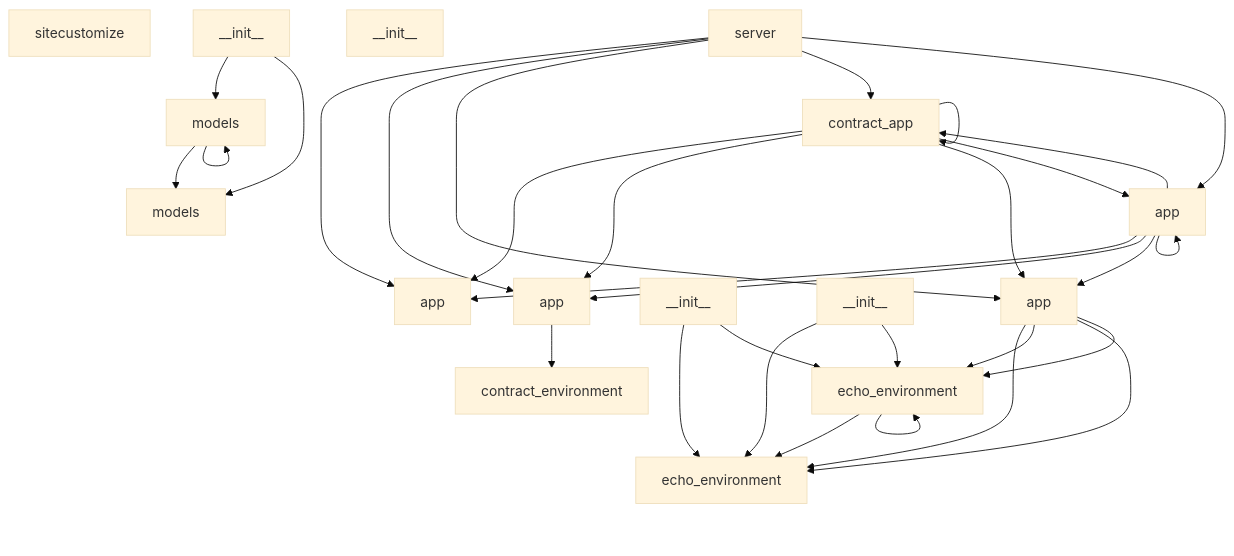
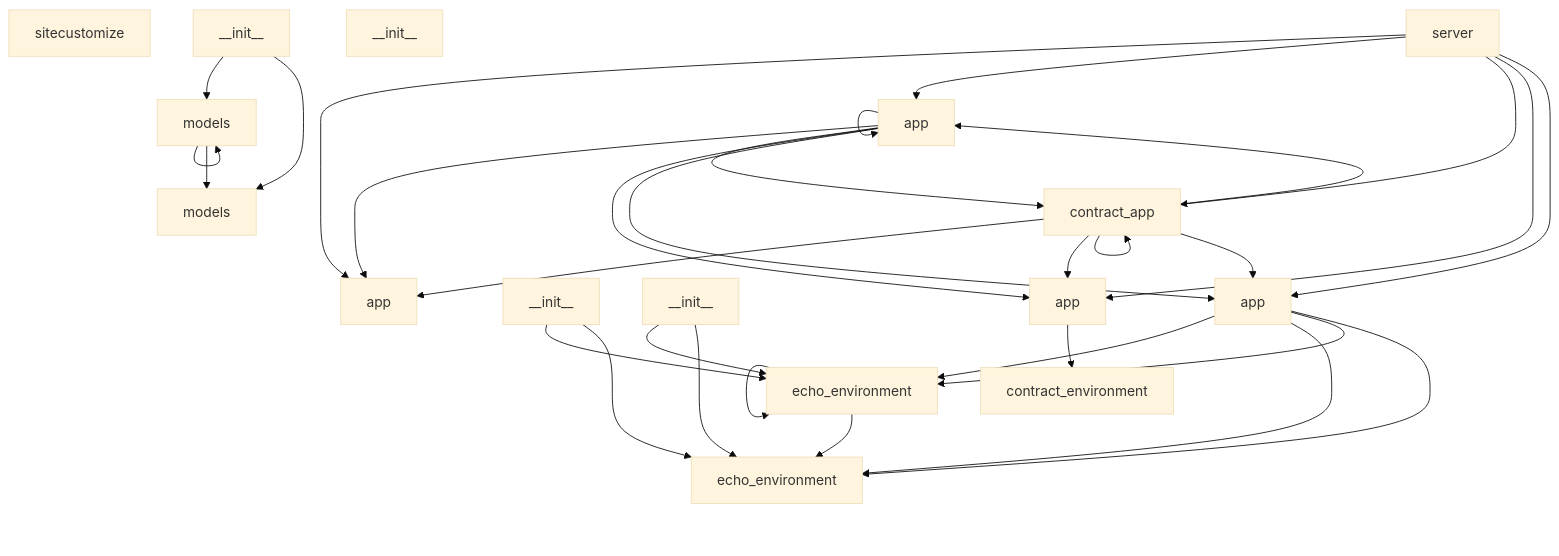
The first of 2 diagrams in README.md (NITISH-R-G/DIALECTICA), drawn with Mermaid (base theme) before and after one commit. The commit also changed other lines of this file and 2 other files, not shown here.

Commit message:
docs: Auto-update architecture and README

````diff
--- a/README.md
+++ b/README.md
@@ -26,65 +26,65 @@
 ```mermaid
 graph TD
     sitecustomize_py["sitecustomize"]
     click sitecustomize_py href "sitecustomize.py" "Go to source"
+    app_py["app"]
+    click app_py href "app.py" "Go to source"
     server_py["server"]
     click server_py href "server.py" "Go to source"
     server_py --> app_py
+    server_py --> server_app_py
+    server_py --> server_contract_app_py
     server_py --> src_contract_env_server_app_py
     server_py --> src_echo_env_server_app_py
-    server_py --> server_contract_app_py
-    server_py --> server_app_py
-    app_py["app"]
-    click app_py href "app.py" "Go to source"
     models_py["models"]
     click models_py href "models.py" "Go to source"
     models_py --> models_py
     models_py --> src_echo_env_models_py
+    server_app_py["app"]
+    click server_app_py href "server/app.py" "Go to source"
+    server_app_py --> app_py
+    server_app_py --> server_app_py
+    server_app_py --> server_contract_app_py
+    server_app_py --> src_contract_env_server_app_py
+    server_app_py --> src_echo_env_server_app_py
+    server_echo_environment_py["echo_environment"]
+    click server_echo_environment_py href "server/echo_environment.py" "Go to source"
+    server_echo_environment_py --> server_echo_environment_py
+    server_echo_environment_py --> src_echo_env_server_echo_environment_py
+    server___init___py["__init__"]
+    click server___init___py href "server/__init__.py" "Go to source"
+    server___init___py --> server_echo_environment_py
+    server___init___py --> src_echo_env_server_echo_environment_py
+    server_contract_app_py["contract_app"]
+    click server_contract_app_py href "server/contract_app.py" "Go to source"
+    server_contract_app_py --> app_py
+    server_contract_app_py --> server_app_py
+    server_contract_app_py --> server_contract_app_py
+    server_contract_app_py --> src_contract_env_server_app_py
+    server_contract_app_py --> src_echo_env_server_app_py
     src_contract_env___init___py["__init__"]
     click src_contract_env___init___py href "src/contract_env/__init__.py" "Go to source"
-    src_contract_env_server_contract_environment_py["contract_environment"]
-    click src_contract_env_server_contract_environment_py href "src/contract_env/server/contract_environment.py" "Go to source"
     src_contract_env_server_app_py["app"]
     click src_contract_env_server_app_py href "src/contract_env/server/app.py" "Go to source"
     src_contract_env_server_app_py --> src_contract_env_server_contract_environment_py
-    src_echo_env_models_py["models"]
-    click src_echo_env_models_py href "src/echo_env/models.py" "Go to source"
+    src_contract_env_server_contract_environment_py["contract_environment"]
+    click src_contract_env_server_contract_environment_py href "src/contract_env/server/contract_environment.py" "Go to source"
     src_echo_env___init___py["__init__"]
     click src_echo_env___init___py href "src/echo_env/__init__.py" "Go to source"
     src_echo_env___init___py --> models_py
     src_echo_env___init___py --> src_echo_env_models_py
+    src_echo_env_models_py["models"]
+    click src_echo_env_models_py href "src/echo_env/models.py" "Go to source"
     src_echo_env_server_app_py["app"]
     click src_echo_env_server_app_py href "src/echo_env/server/app.py" "Go to source"
+    src_echo_env_server_app_py --> server_echo_environment_py
     src_echo_env_server_app_py --> src_echo_env_server_echo_environment_py
     src_echo_env_server_app_py --> server_echo_environment_py
     src_echo_env_server_app_py --> src_echo_env_server_echo_environment_py
-    src_echo_env_server_app_py --> server_echo_environment_py
     src_echo_env_server_echo_environment_py["echo_environment"]
     click src_echo_env_server_echo_environment_py href "src/echo_env/server/echo_environment.py" "Go to source"
     src_echo_env_server___init___py["__init__"]
     click src_echo_env_server___init___py href "src/echo_env/server/__init__.py" "Go to source"
+    src_echo_env_server___init___py --> server_echo_environment_py
     src_echo_env_server___init___py --> src_echo_env_server_echo_environment_py
-    src_echo_env_server___init___py --> server_echo_environment_py
-    server_contract_app_py["contract_app"]
-    click server_contract_app_py href "server/contract_app.py" "Go to source"
-    server_contract_app_py --> app_py
-    server_contract_app_py --> src_contract_env_server_app_py
-    server_contract_app_py --> src_echo_env_server_app_py
-    server_contract_app_py --> server_contract_app_py
-    server_contract_app_py --> server_app_py
-    server_app_py["app"]
-    click server_app_py href "server/app.py" "Go to source"
-    server_app_py --> app_py
-    server_app_py --> src_contract_env_server_app_py
-    server_app_py --> src_echo_env_server_app_py
-    server_app_py --> server_contract_app_py
-    server_app_py --> server_app_py
-    server_echo_environment_py["echo_environment"]
-    click server_echo_environment_py href "server/echo_environment.py" "Go to source"
-    server_echo_environment_py --> src_echo_env_server_echo_environment_py
-    server_echo_environment_py --> server_echo_environment_py
-    server___init___py["__init__"]
-    click server___init___py href "server/__init__.py" "Go to source"
-    server___init___py --> src_echo_env_server_echo_environment_py
-    server___init___py --> server_echo_environment_py
 ```
````
